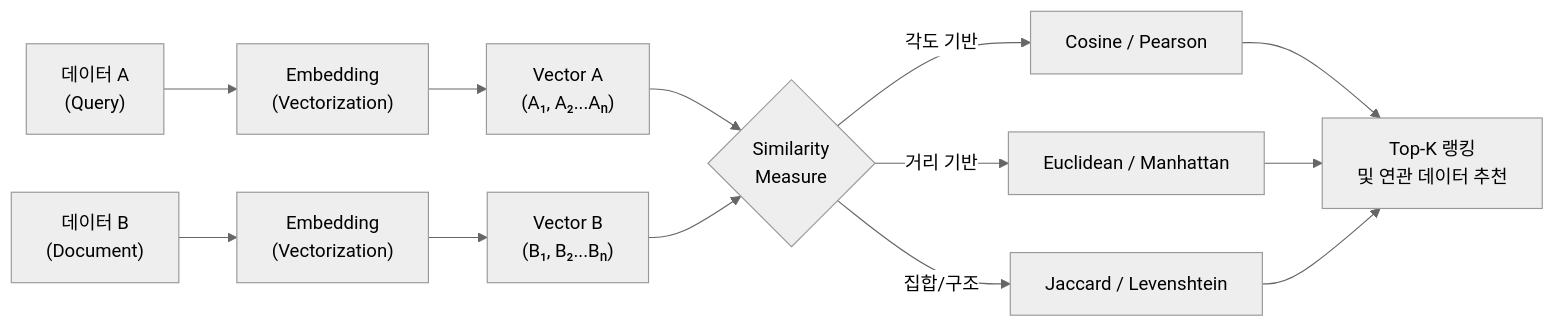
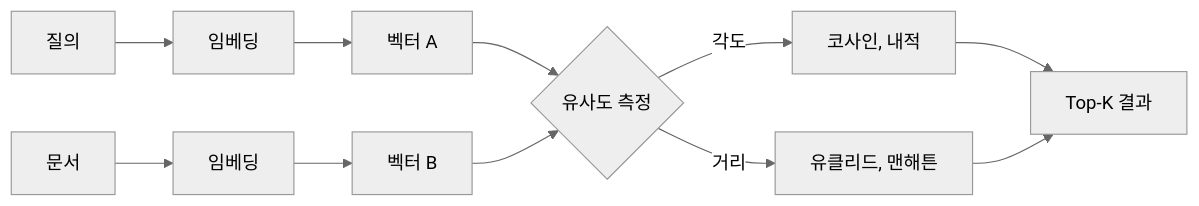
One commit to supremethumb/supremethumb.github.io changed the diagram in content/01_IT Tech/유사도.md. Above: the diagram before and after it, drawn with Mermaid (neutral theme). The commit also changed other lines of this file and 1087 other files, not shown here.

````diff
--- a/content/01_IT Tech/유사도.md
+++ b/content/01_IT Tech/유사도.md
@@ -27,20 +35,9 @@
 ```mermaid
 flowchart LR
-    D1["데이터 A<br/>(Query)"] --> E1["Embedding<br/>(Vectorization)"]
-    D2["데이터 B<br/>(Document)"] --> E2["Embedding<br/>(Vectorization)"]
-
-    E1 --> V1["Vector A<br/>(A₁, A₂...Aₙ)"]
-    E2 --> V2["Vector B<br/>(B₁, B₂...Bₙ)"]
-
-    V1 --> S{Similarity\nMeasure}
-    V2 --> S
-
-    S -->|각도 기반| CS["Cosine / Pearson"]
-    S -->|거리 기반| ED["Euclidean / Manhattan"]
-    S -->|집합/구조| JS["Jaccard / Levenshtein"]
-
-    CS --> R["Top-K 랭킹<br/>및 연관 데이터 추천"]
-    ED --> R
-    JS --> R
-
+    Q["질의"] --> E1["임베딩"] --> V1["벡터 A"]
+    D["문서"] --> E2["임베딩"] --> V2["벡터 B"]
+    V1 & V2 --> S{"유사도 측정"}
+    S -- "각도" --> C["코사인, 내적"]
+    S -- "거리" --> L["유클리드, 맨해튼"]
+    C & L --> R["Top-K 결과"]
 ```
````
